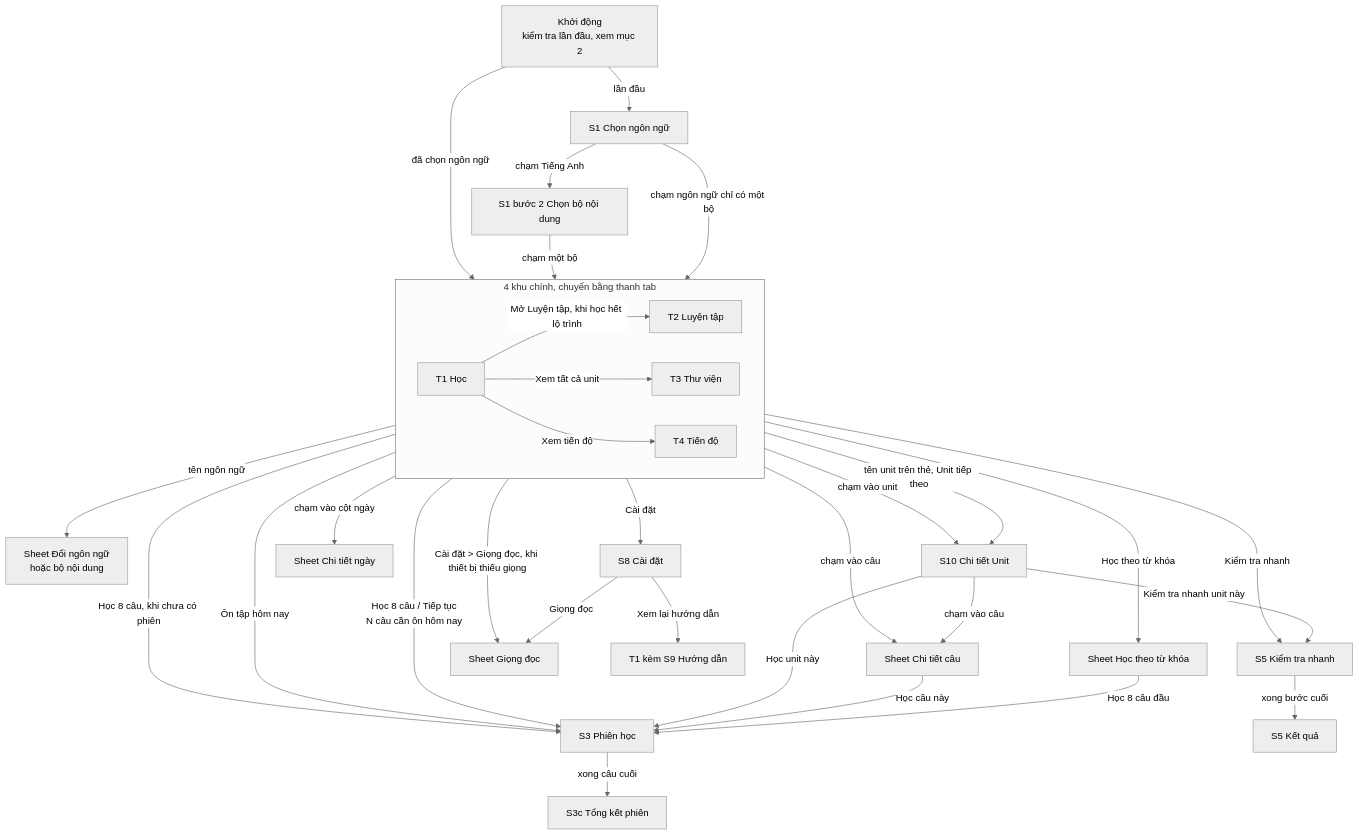
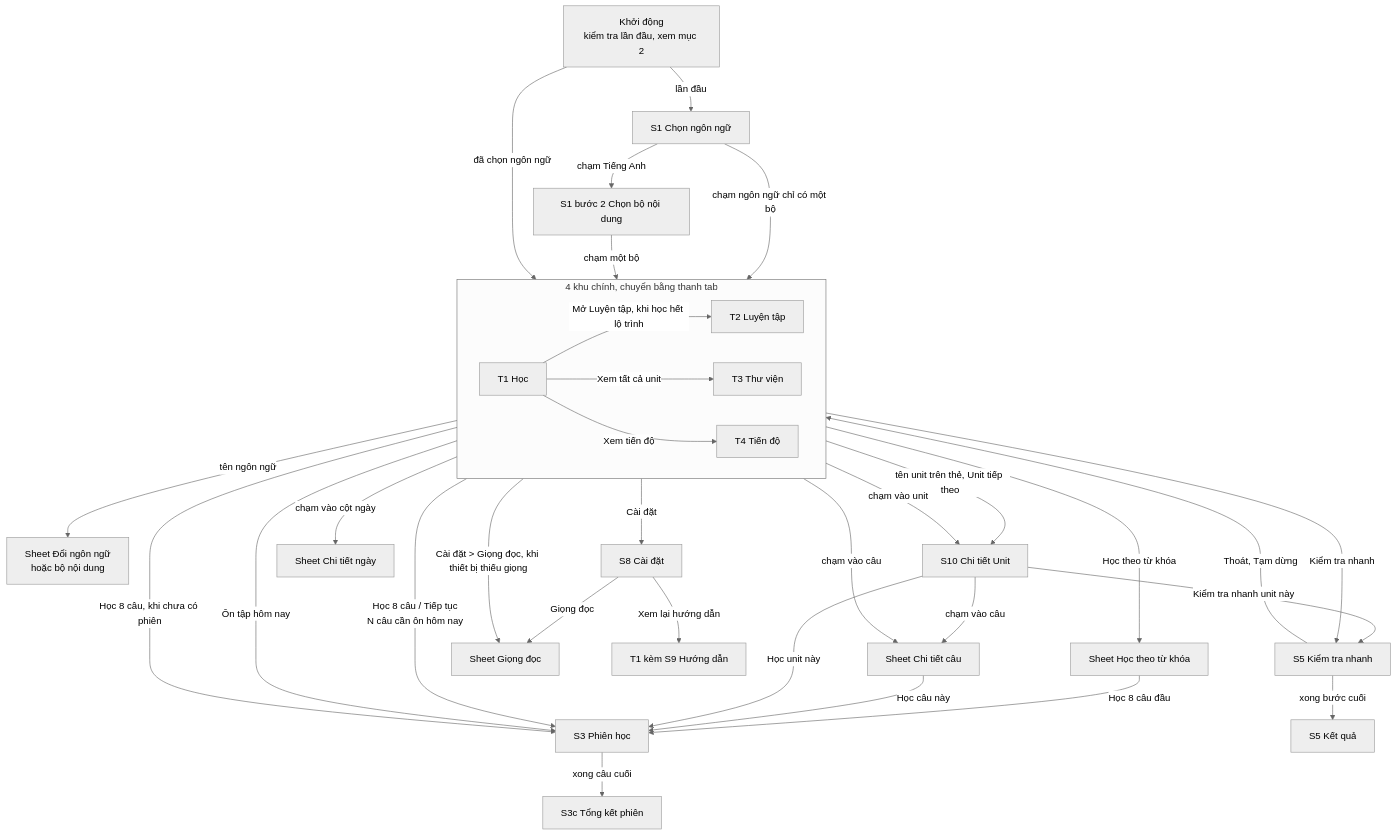
The third of 10 diagrams in docs/new/navigation.md (A-Star-X/dangonngu), drawn with Mermaid (neutral theme) before and after one commit. The commit also changed 8 other files, not shown here.

Commit message:
spec: Đợt 5 việc 8: Kiểm tra nhanh tạm dừng và làm tiếp (S5-08, S5-09), khối Câu cần xem lại (S5-07), dòng làm dở ở T2-04, DATA-06

````diff
--- a/docs/new/navigation.md
+++ b/docs/new/navigation.md
@@ -96,72 +96,74 @@
 ```mermaid
 flowchart TD
   BOOT["Khởi động<br/>kiểm tra lần đầu, xem mục 2"] -->|"lần đầu"| L["S1 Chọn ngôn ngữ"]
   %% @spec APP-05
   L -->|"chạm ngôn ngữ chỉ có một bộ"| TABS
   %% @spec S1-04
   L -->|"chạm Tiếng Anh"| PK["S1 bước 2 Chọn bộ nội dung"]
   %% @spec S1-07
   PK -->|"chạm một bộ"| TABS
   %% @spec S1-07
   BOOT -->|"đã chọn ngôn ngữ"| TABS
   %% @spec APP-05
 
   subgraph TABS["4 khu chính, chuyển bằng thanh tab"]
     %% @spec APP-01, C5-01
     direction LR
     H["T1 Học"]
     P["T2 Luyện tập"]
     B["T3 Thư viện"]
     G["T4 Tiến độ"]
   end
 
   TABS -->|"tên ngôn ngữ"| LS["Sheet Đổi ngôn ngữ<br/>hoặc bộ nội dung"]
   %% @spec APP-02, APP-06
   TABS -->|"Cài đặt"| ST["S8 Cài đặt"]
   %% @spec APP-02
 
   H -->|"Học 8 câu / Tiếp tục<br/>N câu cần ôn hôm nay"| S["S3 Phiên học"]
   %% @spec T1-02, T1-04
   H -->|"Mở Luyện tập, khi học hết lộ trình"| P
   %% @spec T1-05
   H -->|"tên unit trên thẻ, Unit tiếp theo"| U
   %% @spec T1-01, T1-08
   H -->|"Xem tất cả unit"| B
   %% @spec T1-08
   H -->|"Xem tiến độ"| G
   %% @spec T1-09
   P -->|"Ôn tập hôm nay"| S
   %% @spec T2-02
   P -->|"Học theo từ khóa"| C["Sheet Học theo từ khóa"]
   %% @spec T2-03
   C -->|"Học 8 câu đầu"| S
   %% @spec T2-03
   P -->|"Kiểm tra nhanh"| K["S5 Kiểm tra nhanh"]
   %% @spec T2-04
+  K -->|"Thoát, Tạm dừng"| P
+  %% @spec S5-08, S5-09
   K -->|"xong bước cuối"| KR["S5 Kết quả"]
   %% @spec S5-07
   B -->|"chạm vào câu"| D["Sheet Chi tiết câu"]
   %% @spec T3-05
   D -->|"Học câu này"| S
   %% @spec T3-05
   B -->|"chạm vào unit"| U["S10 Chi tiết Unit"]
   %% @spec T3-09
   U -->|"Học unit này"| S
   %% @spec S10-04
   U -->|"Kiểm tra nhanh unit này"| K
   %% @spec S10-04
   U -->|"chạm vào câu"| D
   %% @spec S10-05
   G -->|"chạm vào cột ngày"| GD["Sheet Chi tiết ngày"]
   %% @spec T4-07
   G -->|"Học 8 câu, khi chưa có phiên"| S
   %% @spec T4-08
   S -->|"xong câu cuối"| SR["S3c Tổng kết phiên"]
   %% @spec S3-02, S3-06
   ST -->|"Giọng đọc"| V["Sheet Giọng đọc"]
   %% @spec S8-02
   H -->|"Cài đặt > Giọng đọc, khi thiết bị thiếu giọng"| V
   %% @spec C1-05
   ST -->|"Xem lại hướng dẫn"| HD["T1 kèm S9 Hướng dẫn"]
   %% @spec S8-06, S9-05
 ```
````
